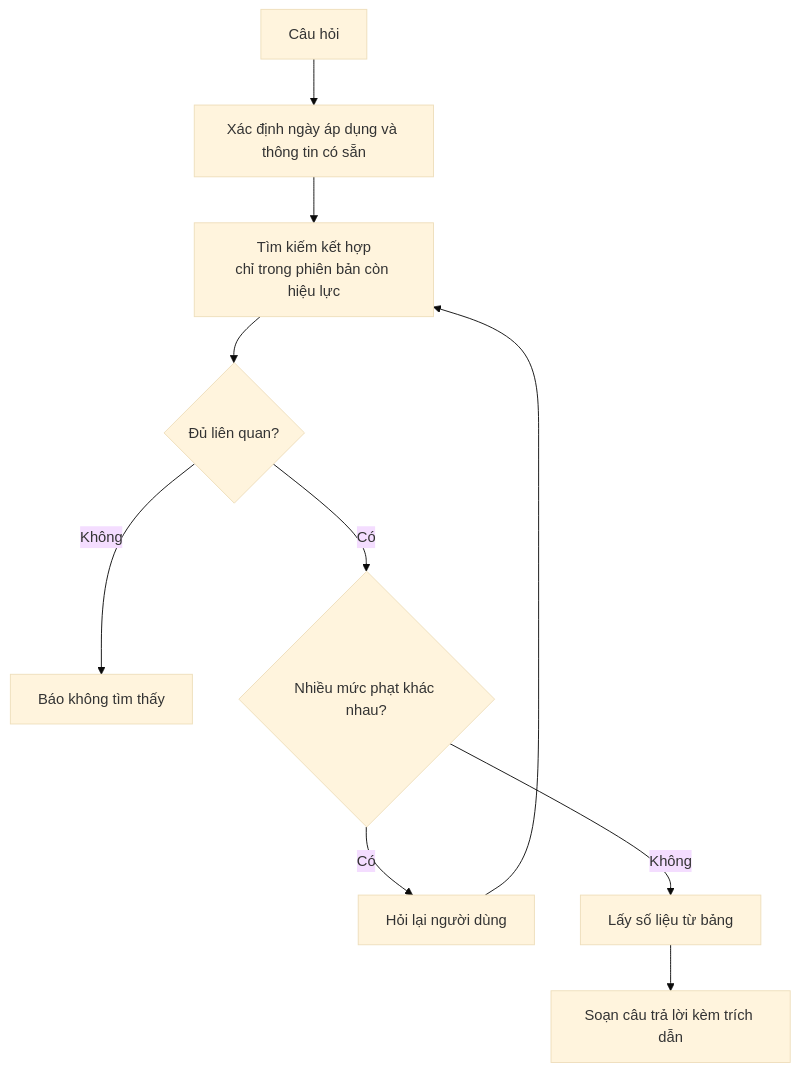
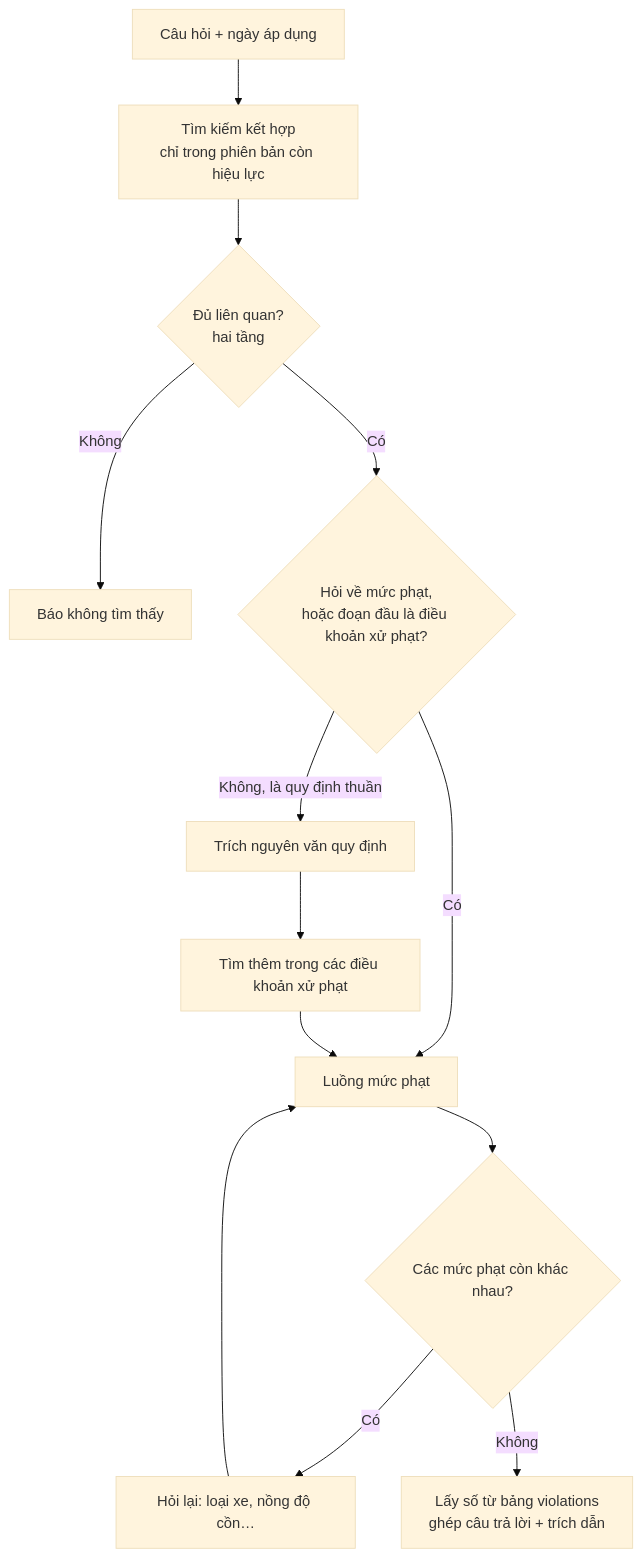
Before and after one commit to ThienDuong-1207/Luat: the sixth of 14 diagrams in docs/THUYET_TRINH.md, drawn with Mermaid (base theme). The commit also changed other lines of this file and 13 other files, not shown here.

First line of the commit message:
Tài liệu thuyết trình: giải thích dễ hiểu, sơ đồ, ảnh minh hoạ và bản tiếng Anh

````diff
--- a/docs/THUYET_TRINH.md
+++ b/docs/THUYET_TRINH.md
@@ -151,12 +265,15 @@
 ```mermaid
 flowchart TD
-    A[Câu hỏi] --> B[Xác định ngày áp dụng và thông tin có sẵn]
-    B --> C[Tìm kiếm kết hợp<br/>chỉ trong phiên bản còn hiệu lực]
-    C --> D{Đủ liên quan?}
-    D -- Không --> E[Báo không tìm thấy]
-    D -- Có --> F{Nhiều mức phạt khác nhau?}
-    F -- Có --> G[Hỏi lại người dùng]
-    G --> C
-    F -- Không --> H[Lấy số liệu từ bảng]
-    H --> I[Soạn câu trả lời kèm trích dẫn]
+    A[Câu hỏi + ngày áp dụng] --> B[Tìm kiếm kết hợp<br/>chỉ trong phiên bản còn hiệu lực]
+    B --> C{Đủ liên quan?<br/>hai tầng}
+    C -- Không --> D[Báo không tìm thấy]
+    C -- Có --> E{Hỏi về mức phạt,<br/>hoặc đoạn đầu là điều khoản xử phạt?}
+    E -- Có --> F[Luồng mức phạt]
+    E -- Không, là quy định thuần --> G[Trích nguyên văn quy định]
+    G --> H[Tìm thêm trong các điều khoản xử phạt]
+    H --> F
+    F --> I{Các mức phạt còn khác nhau?}
+    I -- Có --> J[Hỏi lại: loại xe, nồng độ cồn…]
+    J --> F
+    I -- Không --> K[Lấy số từ bảng violations<br/>ghép câu trả lời + trích dẫn]
 ```
````
